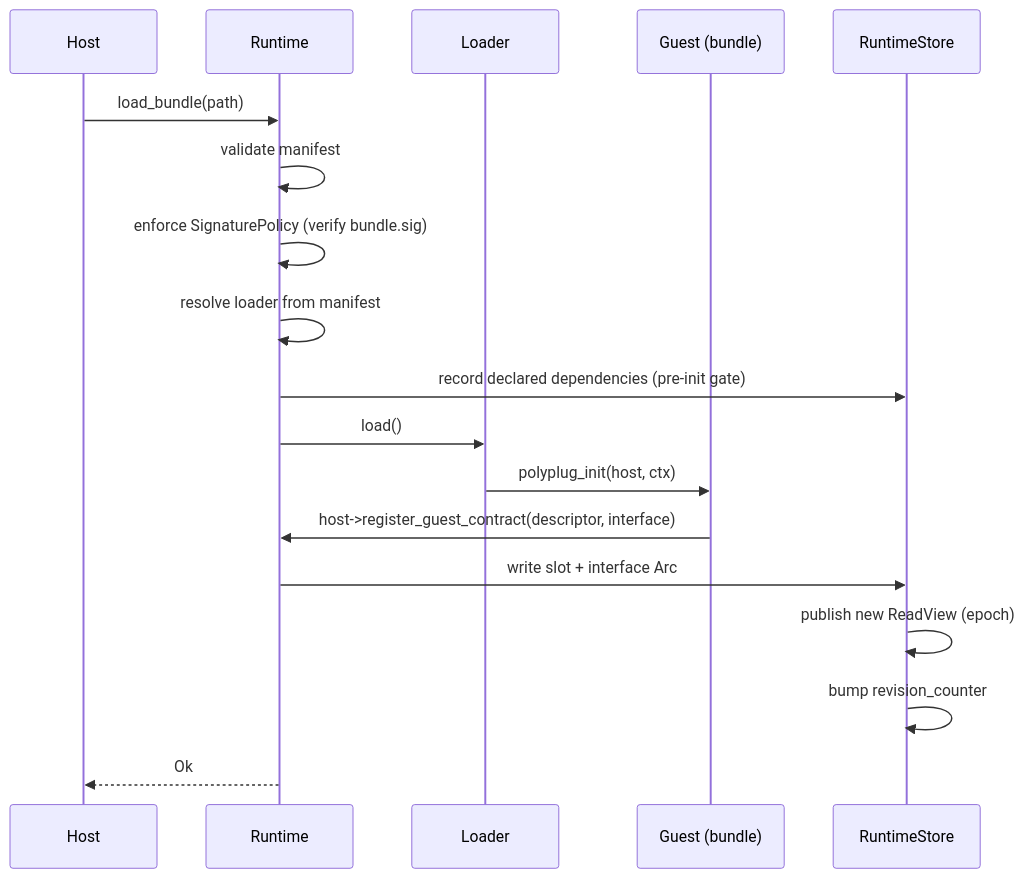
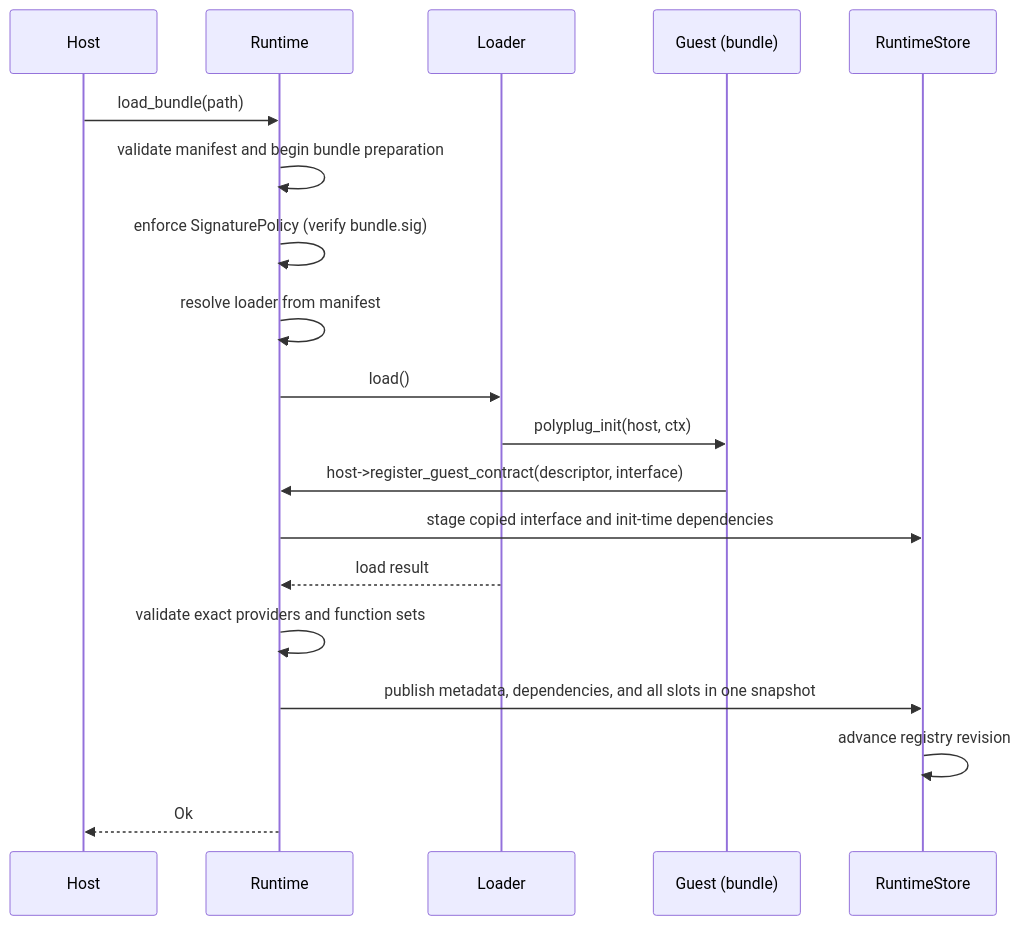
Before and after one commit to polyplug/polyplug: the second of 8 diagrams in docs/ARCHITECTURE.md, drawn with Mermaid. The commit also changed other lines of this file and 364 other files, not shown here.

````diff
--- a/docs/ARCHITECTURE.md
+++ b/docs/ARCHITECTURE.md
@@ -74,21 +74,22 @@
 ```mermaid
 sequenceDiagram
     participant H as Host
     participant R as Runtime
     participant L as Loader
     participant G as Guest (bundle)
     participant S as RuntimeStore
 
     H->>R: load_bundle(path)
-    R->>R: validate manifest
+    R->>R: validate manifest and begin bundle preparation
     R->>R: enforce SignaturePolicy (verify bundle.sig)
     R->>R: resolve loader from manifest
-    R->>S: record declared dependencies (pre-init gate)
     R->>L: load()
     L->>G: polyplug_init(host, ctx)
     G->>R: host->register_guest_contract(descriptor, interface)
-    R->>S: write slot + interface Arc
-    S->>S: publish new ReadView (epoch)
-    S->>S: bump revision_counter
+    R->>S: stage copied interface and init-time dependencies
+    L-->>R: load result
+    R->>R: validate exact providers and function sets
+    R->>S: publish metadata, dependencies, and all slots in one snapshot
+    S->>S: advance registry revision
     R-->>H: Ok
 ```
````
